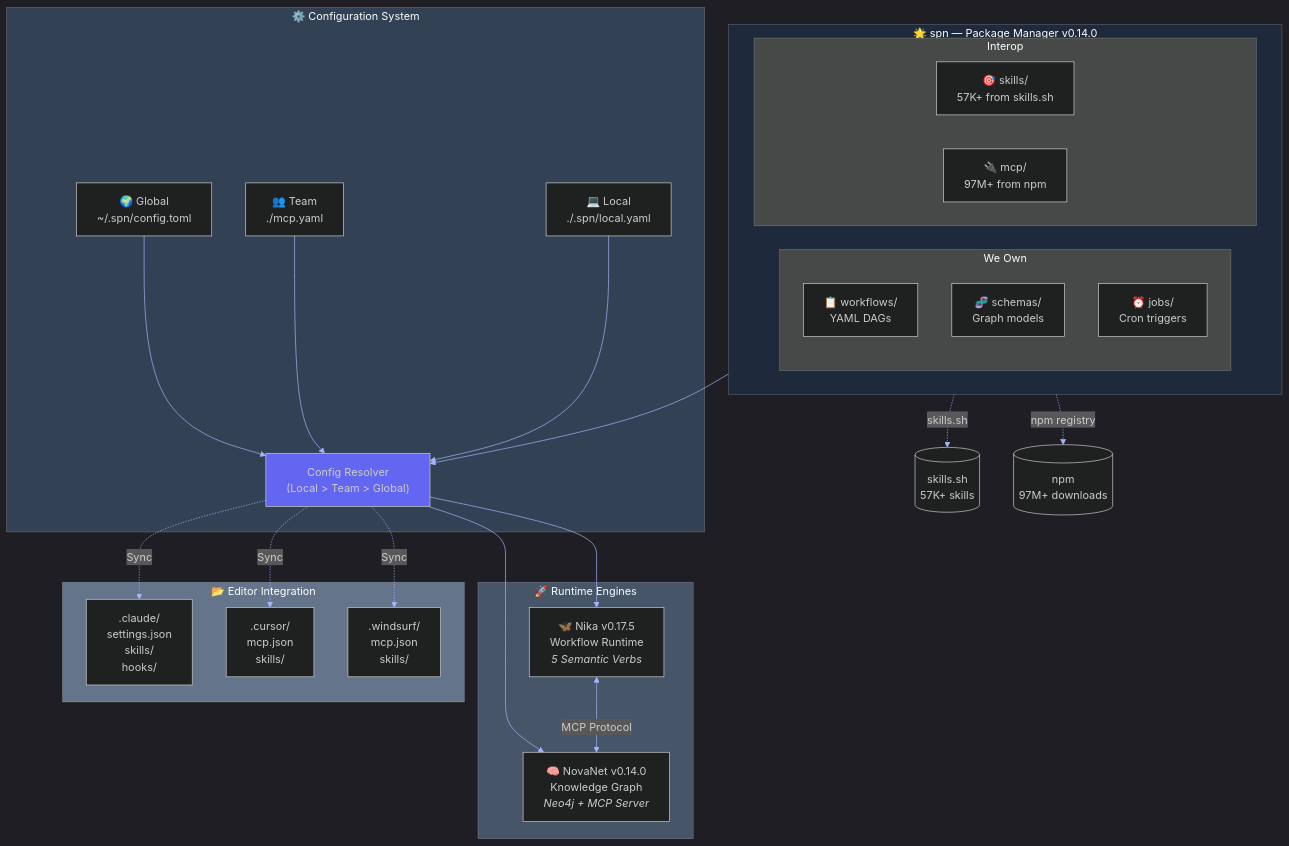
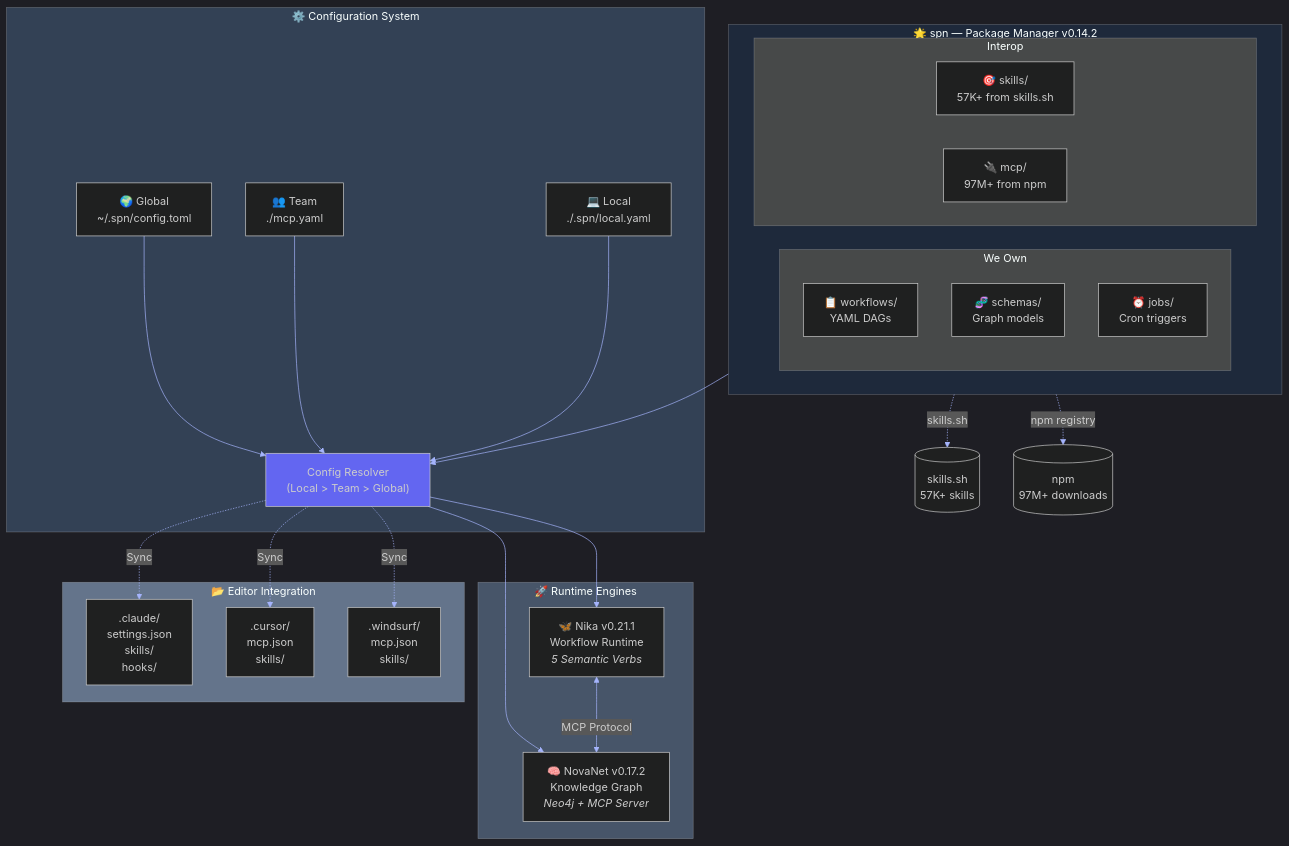
One commit to supernovae-st/supernovae-cli changed the seventh of 7 diagrams in README.md. Above: the diagram before and after it, drawn with Mermaid. The commit also changed other lines of this file and 4 other files, not shown here.

````diff
--- a/README.md
+++ b/README.md
@@ -2251,56 +2251,56 @@
 ```mermaid
 %%{init: {'theme': 'dark', 'themeVariables': { 'primaryColor': '#6366f1', 'primaryTextColor': '#fff', 'primaryBorderColor': '#818cf8', 'lineColor': '#a5b4fc', 'secondaryColor': '#1e1b4b', 'tertiaryColor': '#312e81'}}}%%
 flowchart TB
-    subgraph SPN["🌟 spn — Package Manager v0.14.0"]
+    subgraph SPN["🌟 spn — Package Manager v0.14.2"]
         direction LR
         subgraph OWNED["We Own"]
             W["📋 workflows/<br/>YAML DAGs"]
             S["🧬 schemas/<br/>Graph models"]
             J["⏰ jobs/<br/>Cron triggers"]
         end
         subgraph INTEROP["Interop"]
             SK["🎯 skills/<br/>57K+ from skills.sh"]
             MCP["🔌 mcp/<br/>97M+ from npm"]
         end
     end
 
     subgraph CONFIG["⚙️ Configuration System"]
         GLOBAL["🌍 Global<br/>~/.spn/config.toml"]
         TEAM["👥 Team<br/>./mcp.yaml"]
         LOCAL["💻 Local<br/>./.spn/local.yaml"]
         RESOLVER["Config Resolver<br/>(Local > Team > Global)"]
 
         GLOBAL --> RESOLVER
         TEAM --> RESOLVER
         LOCAL --> RESOLVER
     end
 
     subgraph RUNTIME["🚀 Runtime Engines"]
-        NIKA["🦋 Nika v0.17.5<br/>Workflow Runtime<br/><i>5 Semantic Verbs</i>"]
-        NOVANET["🧠 NovaNet v0.14.0<br/>Knowledge Graph<br/><i>Neo4j + MCP Server</i>"]
+        NIKA["🦋 Nika v0.21.1<br/>Workflow Runtime<br/><i>5 Semantic Verbs</i>"]
+        NOVANET["🧠 NovaNet v0.17.2<br/>Knowledge Graph<br/><i>Neo4j + MCP Server</i>"]
     end
 
     subgraph EDITORS["📂 Editor Integration"]
         CLAUDE[".claude/<br/>settings.json<br/>skills/<br/>hooks/"]
         CURSOR[".cursor/<br/>mcp.json<br/>skills/"]
         WINDSURF[".windsurf/<br/>mcp.json<br/>skills/"]
     end
 
     SPN --> RESOLVER
     RESOLVER --> NIKA
     RESOLVER --> NOVANET
     NIKA <-->|MCP Protocol| NOVANET
 
     RESOLVER -.->|Sync| CLAUDE
     RESOLVER -.->|Sync| CURSOR
     RESOLVER -.->|Sync| WINDSURF
 
     SK -.-> |"skills.sh"| SKILLS[(skills.sh<br/>57K+ skills)]
     MCP -.-> |"npm registry"| NPM[(npm<br/>97M+ downloads)]
 
     style SPN fill:#1e293b
     style CONFIG fill:#334155
     style RUNTIME fill:#475569
     style EDITORS fill:#64748b
     style RESOLVER fill:#6366f1
 ```
````
